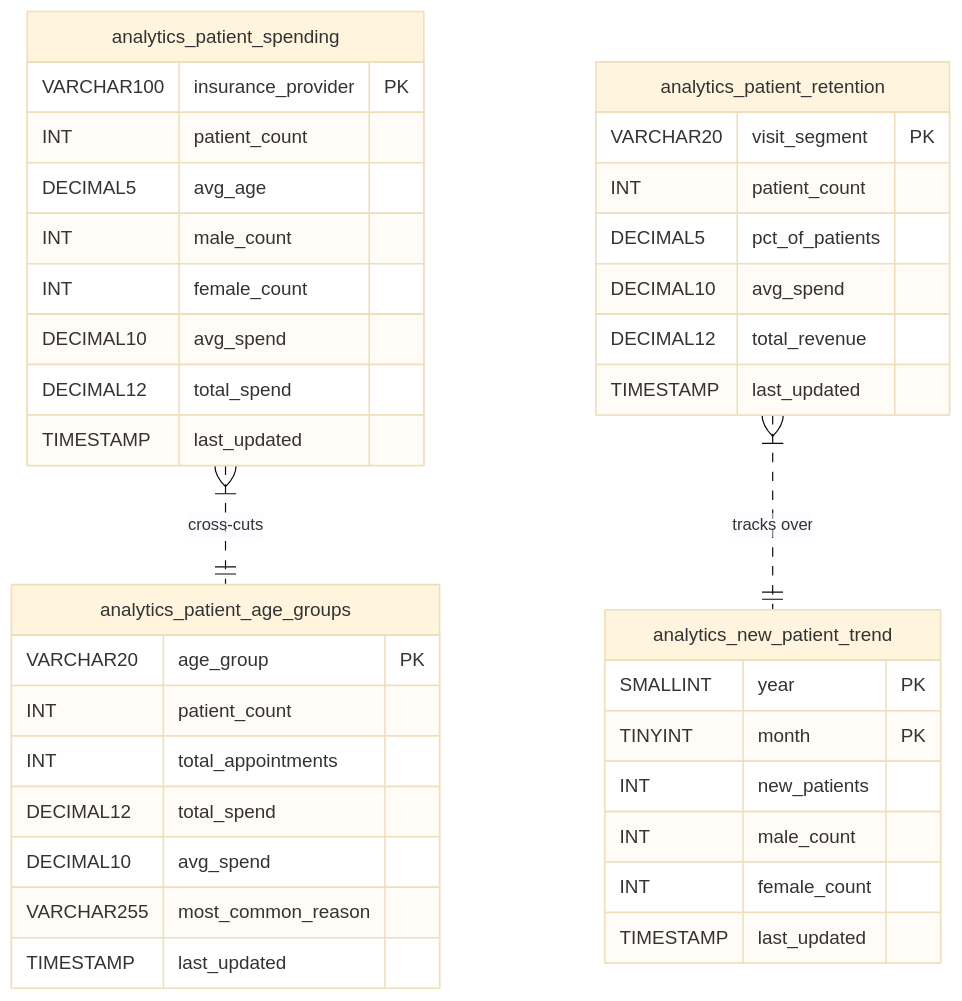
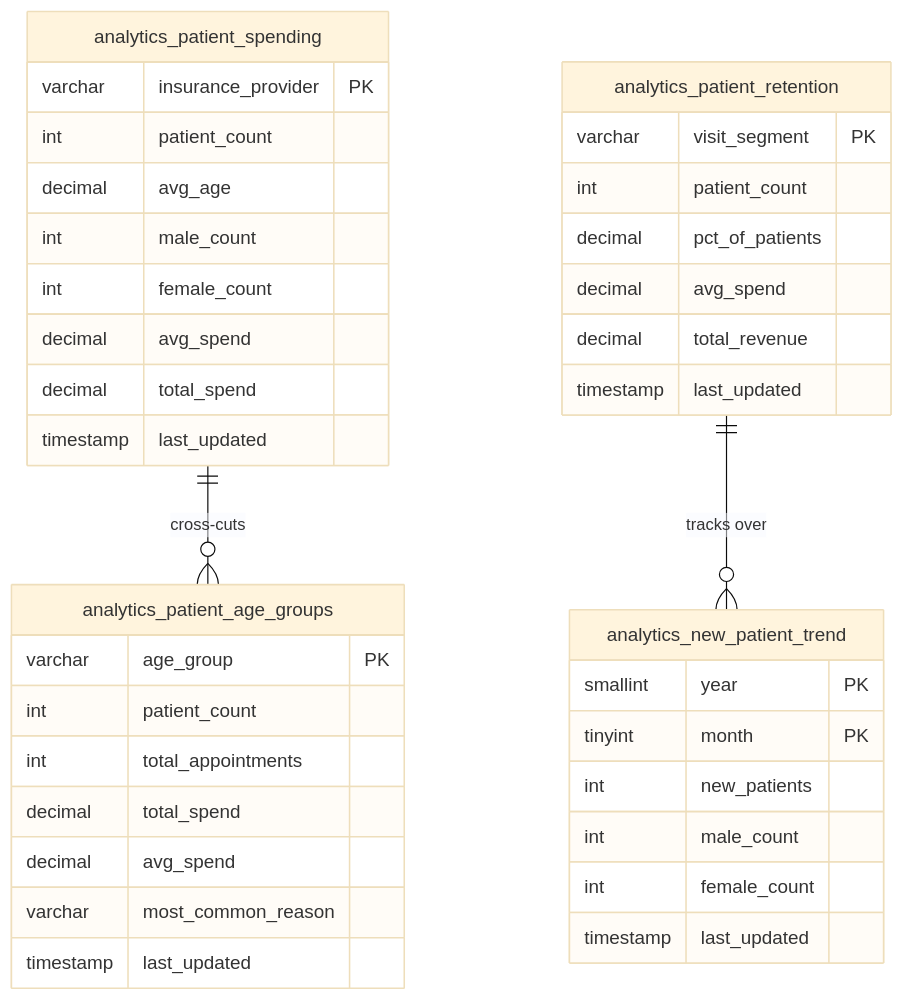
Diagram 14 of 15 in PROJECT_DOCUMENTATION.md (PampariNaresh/healthcare-data-platform), drawn with Mermaid (base theme) before and after one commit. The commit also changed other lines of this file, not shown here.

First line of the commit message:
fix: correct Mermaid erDiagram syntax for GitHub rendering

````diff
--- a/PROJECT_DOCUMENTATION.md
+++ b/PROJECT_DOCUMENTATION.md
@@ -1405,44 +1404,44 @@
 ```mermaid
 erDiagram
     analytics_patient_spending {
-        VARCHAR100  insurance_provider  PK
-        INT         patient_count
-        DECIMAL5    avg_age
-        INT         male_count
-        INT         female_count
-        DECIMAL10   avg_spend
-        DECIMAL12   total_spend
-        TIMESTAMP   last_updated
+        varchar   insurance_provider PK
+        int       patient_count
+        decimal   avg_age
+        int       male_count
+        int       female_count
+        decimal   avg_spend
+        decimal   total_spend
+        timestamp last_updated
     }
 
     analytics_patient_age_groups {
-        VARCHAR20   age_group           PK
-        INT         patient_count
-        INT         total_appointments
-        DECIMAL12   total_spend
-        DECIMAL10   avg_spend
-        VARCHAR255  most_common_reason
-        TIMESTAMP   last_updated
+        varchar   age_group PK
+        int       patient_count
+        int       total_appointments
+        decimal   total_spend
+        decimal   avg_spend
+        varchar   most_common_reason
+        timestamp last_updated
     }
 
     analytics_patient_retention {
-        VARCHAR20   visit_segment       PK
-        INT         patient_count
-        DECIMAL5    pct_of_patients
-        DECIMAL10   avg_spend
-        DECIMAL12   total_revenue
-        TIMESTAMP   last_updated
+        varchar   visit_segment PK
+        int       patient_count
+        decimal   pct_of_patients
+        decimal   avg_spend
+        decimal   total_revenue
+        timestamp last_updated
     }
 
     analytics_new_patient_trend {
-        SMALLINT    year                PK
-        TINYINT     month               PK
-        INT         new_patients
-        INT         male_count
-        INT         female_count
-        TIMESTAMP   last_updated
+        smallint  year PK
+        tinyint   month PK
+        int       new_patients
+        int       male_count
+        int       female_count
+        timestamp last_updated
     }
 
-    analytics_patient_spending     }|..|| analytics_patient_age_groups  : "cross-cuts"
-    analytics_patient_retention    }|..|| analytics_new_patient_trend   : "tracks over"
+    analytics_patient_spending   ||--o{ analytics_patient_age_groups : "cross-cuts"
+    analytics_patient_retention  ||--o{ analytics_new_patient_trend  : "tracks over"
 ```
````
